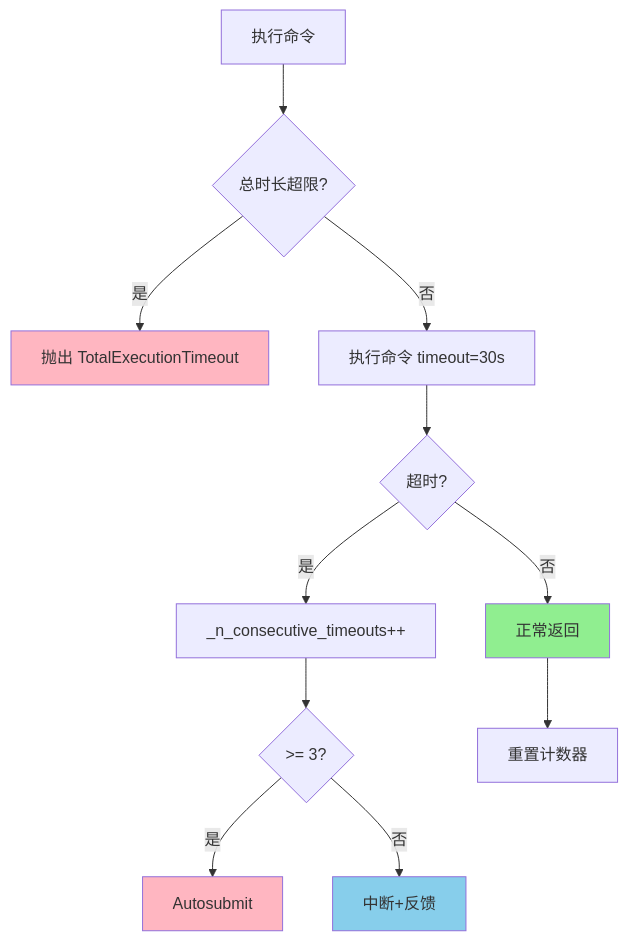
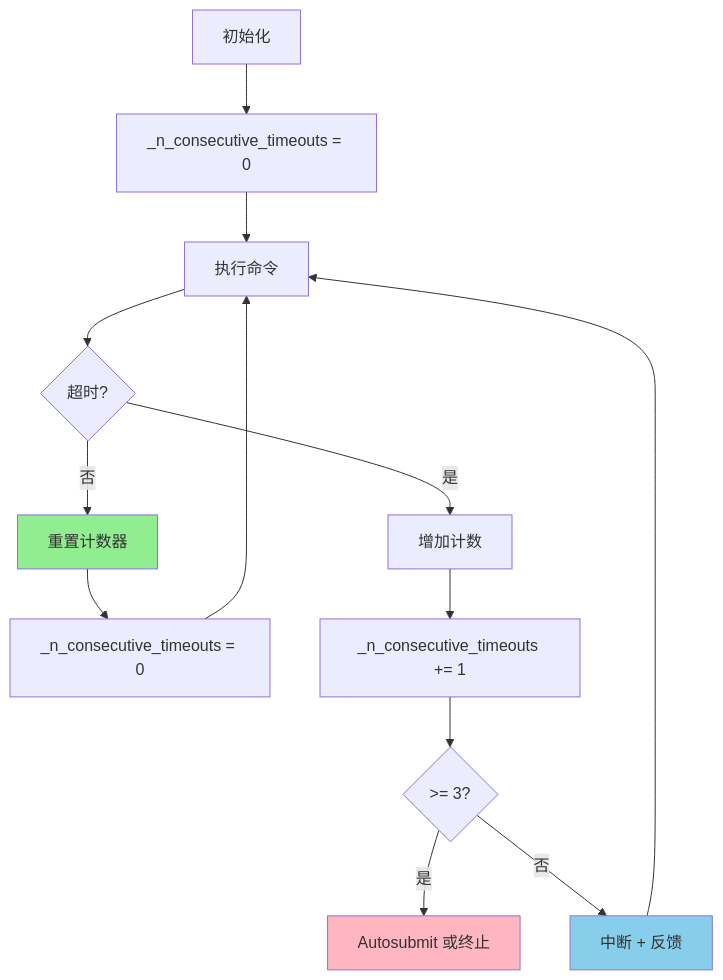
One commit to giraffe-tree/agent-base changed the third of 7 diagrams in docs/swe-agent/questions/swe-agent-skill-execution-timeout.md. Above: the diagram before and after it, drawn with Mermaid. The commit also changed other lines of this file and 155 other files, not shown here.

````diff
--- a/docs/swe-agent/questions/swe-agent-skill-execution-timeout.md
+++ b/docs/swe-agent/questions/swe-agent-skill-execution-timeout.md
@@ -117,18 +235,19 @@
 ```mermaid
 flowchart TD
-    A[执行命令] --> B{总时长超限?}
-    B -->|是| C[抛出 TotalExecutionTimeout]
-    B -->|否| D[执行命令 timeout=30s]
-    D --> E{超时?}
-    E -->|否| F[正常返回]
-    E -->|是| G[_n_consecutive_timeouts++]
-    G --> H{>= 3?}
-    H -->|是| I[Autosubmit]
-    H -->|否| J[中断+反馈]
-    F --> K[重置计数器]
+    A[初始化] --> B[_n_consecutive_timeouts = 0]
+    B --> C[执行命令]
+    C --> D{超时?}
+    D -->|否| E[重置计数器]
+    E --> F[_n_consecutive_timeouts = 0]
+    D -->|是| G[增加计数]
+    G --> H[_n_consecutive_timeouts += 1]
+    H --> I{>= 3?}
+    I -->|是| J[Autosubmit 或终止]
+    I -->|否| K[中断 + 反馈]
+    F --> C
+    K --> C
 
-    style C fill:#FFB6C1
-    style I fill:#FFB6C1
-    style F fill:#90EE90
-    style J fill:#87CEEB
+    style E fill:#90EE90
+    style J fill:#FFB6C1
+    style K fill:#87CEEB
 ```
````
